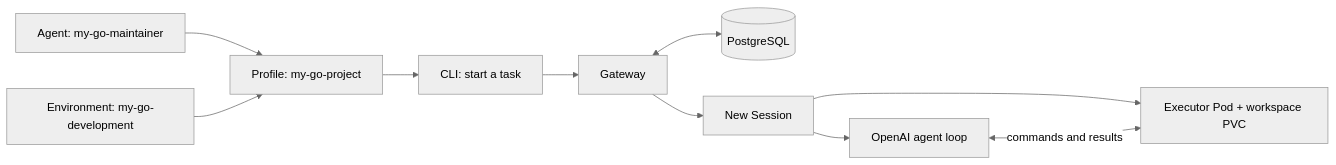
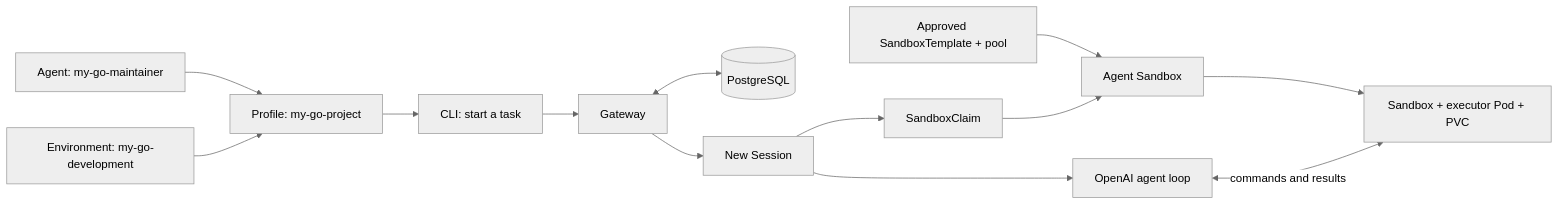
One commit to softcane/codex-session-operator changed the diagram in docs/my-go-project.md. Above: the diagram before and after it, drawn with Mermaid (neutral theme). The commit also changed other lines of this file and 188 other files, not shown here.

Commit message:
Adopt Agent Sandbox execution lifecycle

````diff
--- a/docs/my-go-project.md
+++ b/docs/my-go-project.md
@@ -56,12 +57,15 @@
 ```mermaid
 flowchart LR
     A[Agent: my-go-maintainer] --> P[Profile: my-go-project]
     E[Environment: my-go-development] --> P
     P --> C[CLI: start a task]
     C --> G[Gateway]
     G <--> D[(PostgreSQL)]
     G --> S[New Session]
-    S --> X[Executor Pod + workspace PVC]
+    S --> SC[SandboxClaim]
+    T[Approved SandboxTemplate + pool] --> B[Agent Sandbox]
+    SC --> B
+    B --> X[Sandbox + executor Pod + PVC]
     S --> O
     O[OpenAI agent loop] <-->|commands and results| X
 ```
````
